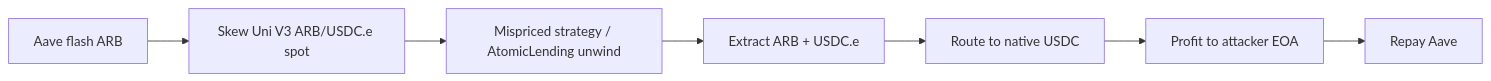
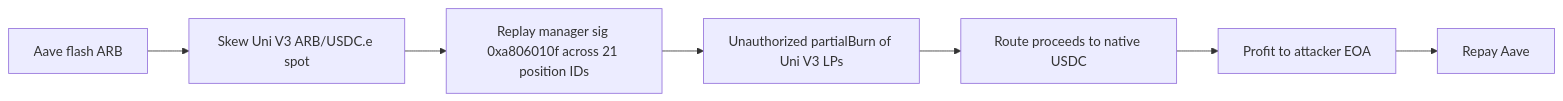
One commit to sanbir/evm-hack-registry changed the diagram in 2026-08-AtomicAtomicLendingOracleManipulation_exp/AtomicAtomicLendingOracleManipulation_exp.md. Above: the diagram before and after it, drawn with Mermaid. The commit also changed other lines of this file and 63 other files, not shown here.

````diff
--- a/2026-08-AtomicAtomicLendingOracleManipulation_exp/AtomicAtomicLendingOracleManipulation_exp.md
+++ b/2026-08-AtomicAtomicLendingOracleManipulation_exp/AtomicAtomicLendingOracleManipulation_exp.md
@@ -82,9 +87,9 @@
 ```mermaid
 flowchart LR
   A[Aave flash ARB] --> B[Skew Uni V3 ARB/USDC.e spot]
-  B --> C[Mispriced strategy / AtomicLending unwind]
-  C --> D[Extract ARB + USDC.e]
-  D --> E[Route to native USDC]
+  B --> C["Replay manager sig 0xa806010f across 21 position IDs"]
+  C --> D[Unauthorized partialBurn of Uni V3 LPs]
+  D --> E[Route proceeds to native USDC]
   E --> F[Profit to attacker EOA]
   F --> G[Repay Aave]
 ```
````
